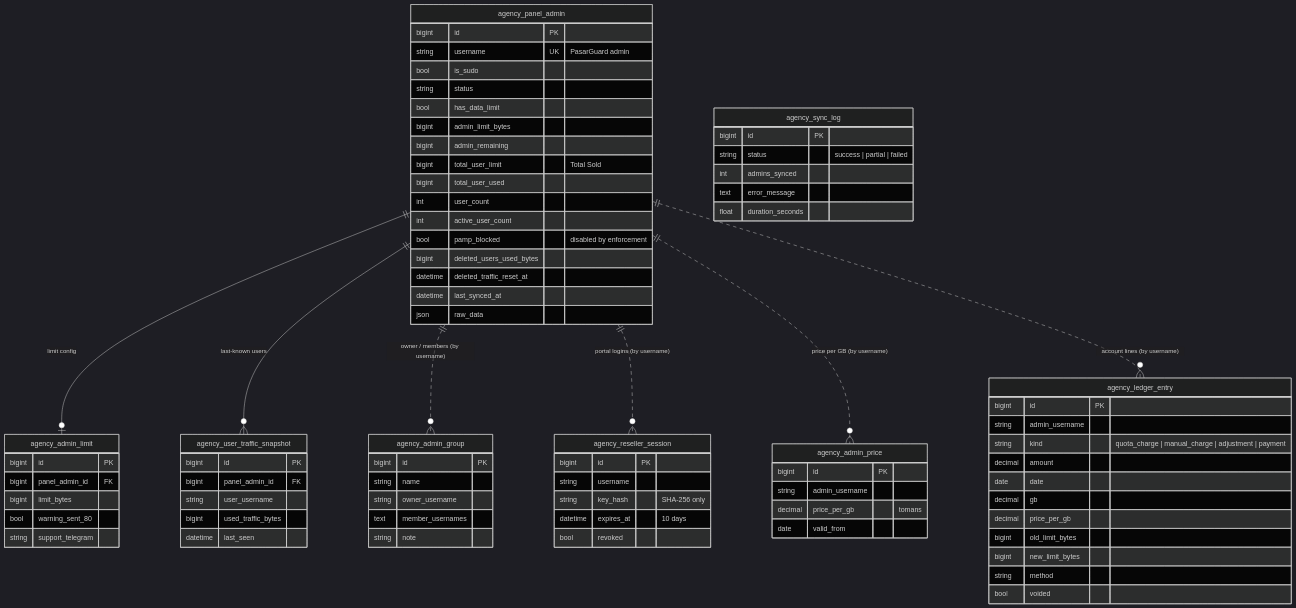
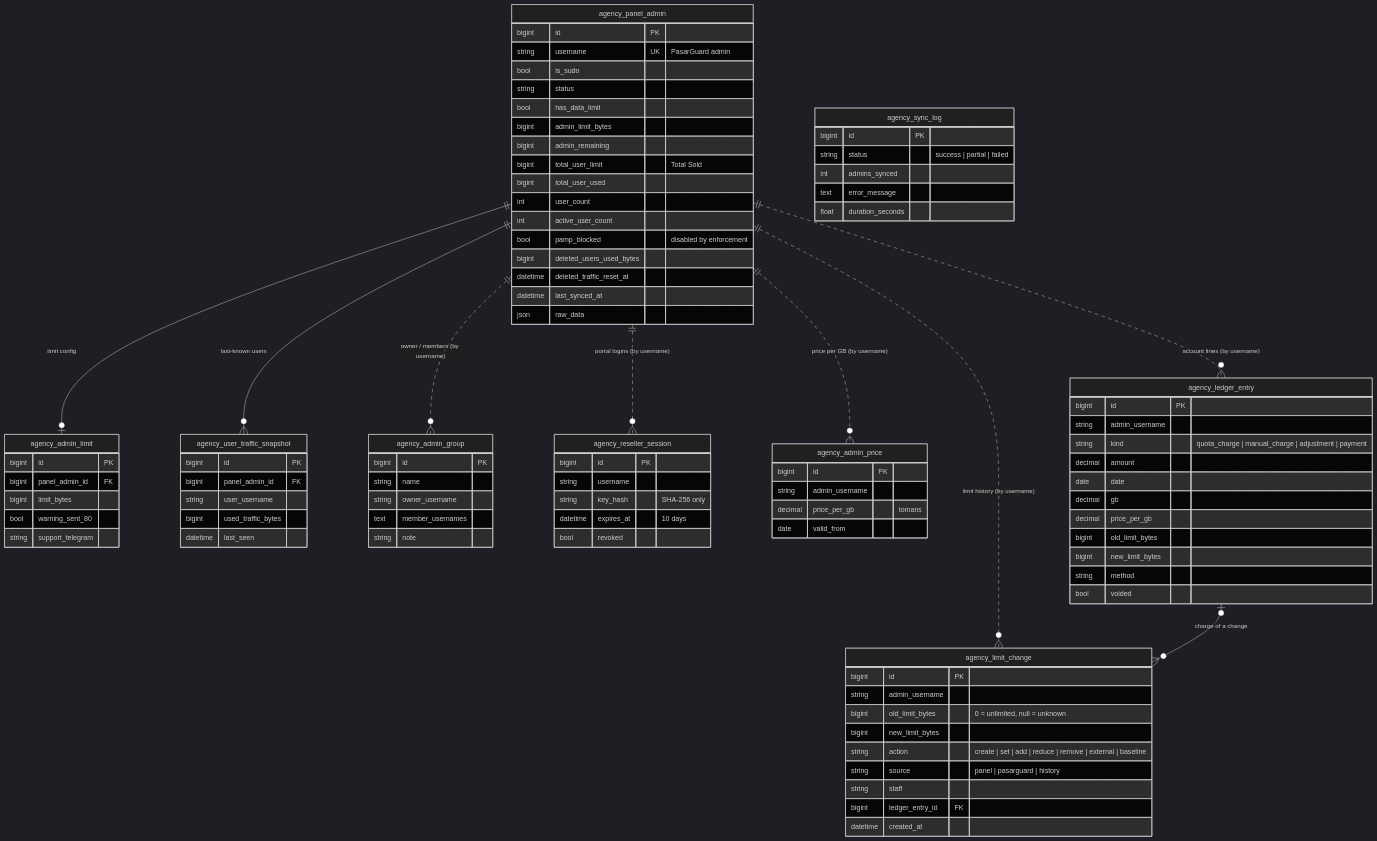
The fourth of 8 diagrams in docs/erd.md (santiyagoburcart/caspintunel), drawn with Mermaid (dark theme) before and after one commit. The commit also changed 14 other files, not shown here.

First line of the commit message:
Release 1.23.1: admin limit history

````diff
--- a/docs/erd.md
+++ b/docs/erd.md
@@ -273,6 +273,8 @@
     agency_panel_admin ||..o{ agency_reseller_session : "portal logins (by username)"
     agency_panel_admin ||..o{ agency_admin_price : "price per GB (by username)"
     agency_panel_admin ||..o{ agency_ledger_entry : "account lines (by username)"
+    agency_panel_admin ||..o{ agency_limit_change : "limit history (by username)"
+    agency_ledger_entry |o--o{ agency_limit_change : "charge of a change"
 
     agency_panel_admin {
         bigint id PK
@@ -346,4 +348,16 @@
         string method
         bool voided
     }
+
+    agency_limit_change {
+        bigint id PK
+        string admin_username
+        bigint old_limit_bytes "0 = unlimited, null = unknown"
+        bigint new_limit_bytes
+        string action "create | set | add | reduce | remove | external | baseline"
+        string source "panel | pasarguard | history"
+        string staff
+        bigint ledger_entry_id FK
+        datetime created_at
+    }
 ```
````
